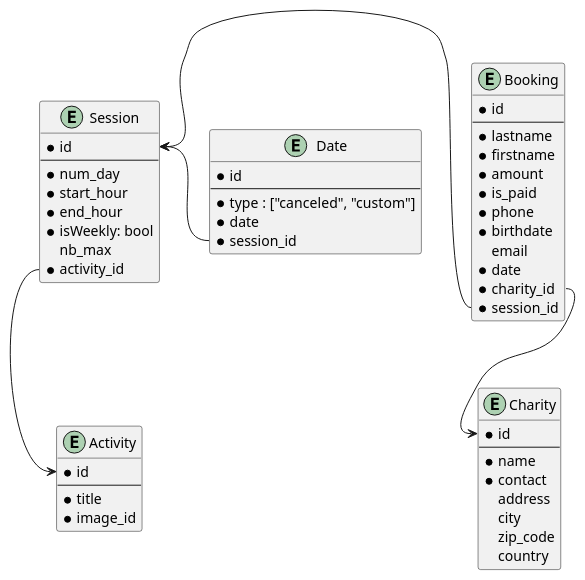
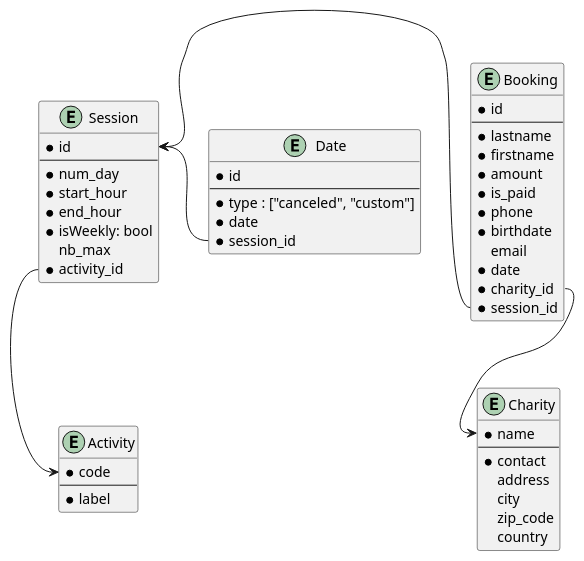
Before and after one commit to vsantele/IG2-java-projet: the diagram in schema/relation.puml, drawn with PlantUML. The commit also changed 1 other file, not shown here.

```diff
--- a/schema/relation.puml
+++ b/schema/relation.puml
@@ -1,59 +1,57 @@
 @startuml database
   entity Activity {
-    * id
+    * code
     --
-    * title
-    * image_id
+    * label
   }
 
   entity Session {
     * id
     --
     * num_day
     * start_hour
     * end_hour
     * isWeekly: bool
     nb_max
     * activity_id
   }
 
   entity Booking {
     * id
     --
     * lastname
     * firstname
     * amount
     * is_paid
     * phone
     * birthdate
     email
     * date
     * charity_id
     * session_id
   }
 
   entity Date {
     * id
     --
     * type : ["canceled", "custom"]
     * date
     * session_id
   }
 
   entity Charity {
-    * id
+    * name
     --
-    * name
     * contact
     address
     city
     zip_code
     country
   }
 
 
-  Activity::id <-up- Session::activity_id
+  Activity::code <-up- Session::activity_id
   Session::id <-right- Booking::session_id
   Session::id <-right- Date::session_id
-  Charity::id <-up- Booking::charity_id
+  Charity::name <-up- Booking::charity_id
 @enduml
```
